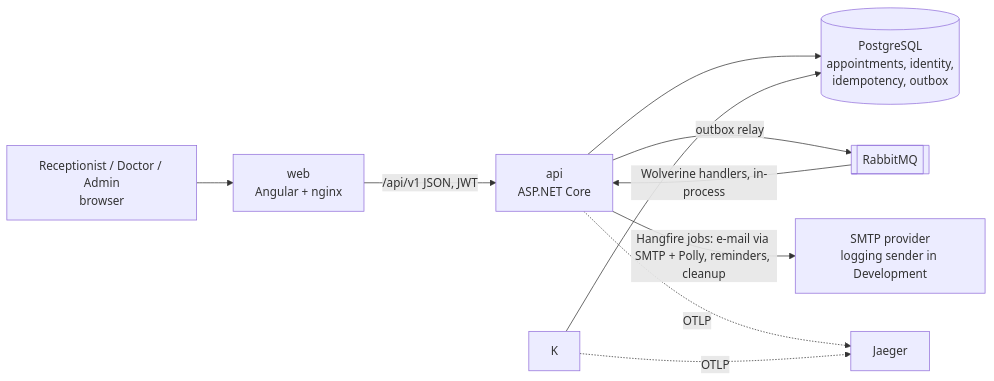
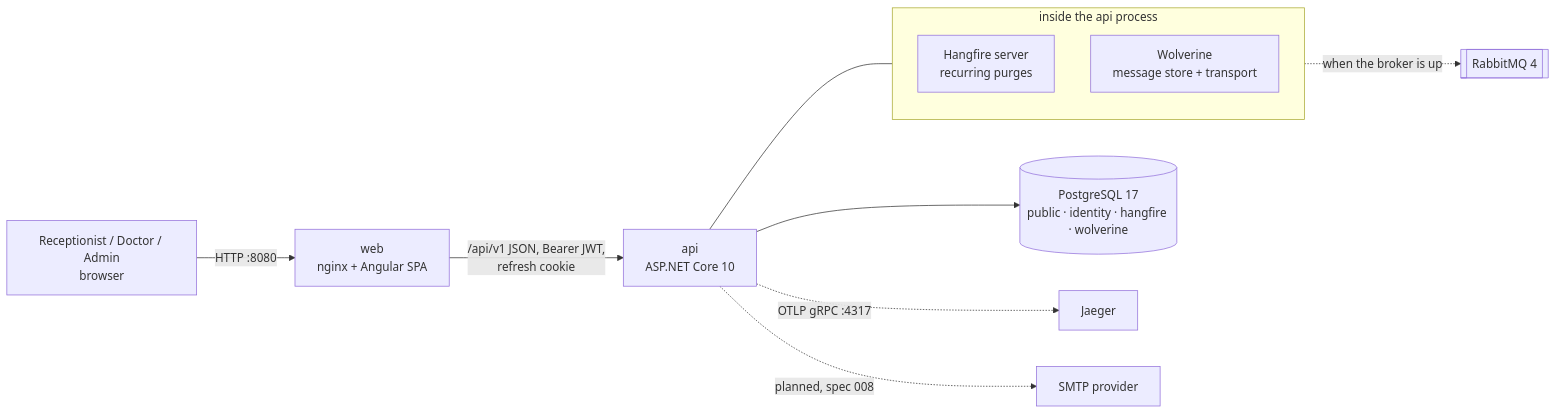
One commit to Mostafaa021/AppointmentScheduler changed the first of 5 diagrams in docs/architecture.md. Above: the diagram before and after it, drawn with Mermaid. The commit also changed other lines of this file and 25 other files, not shown here.

First line of the commit message:
docs: requirement catalogues and per-feature architecture diagrams (plan 014 step B)

````diff
--- a/docs/architecture.md
+++ b/docs/architecture.md
@@ -4,12 +26,15 @@
 ```mermaid
 flowchart LR
-  U[Receptionist / Doctor / Admin<br/>browser] --> W[web<br/>Angular + nginx]
-  W -->|/api/v1 JSON, JWT| A[api<br/>ASP.NET Core]
-  A --> P[(PostgreSQL<br/>appointments, identity,<br/>idempotency, outbox)]
-  A -->|outbox relay| R[[RabbitMQ]]
-  R -->|Wolverine handlers, in-process| A
-  K --> P
-  A -->|Hangfire jobs: e-mail via SMTP + Polly, reminders, cleanup| M[SMTP provider<br/>logging sender in Development]
-  A -. OTLP .-> J[Jaeger]
-  K -. OTLP .-> J
+  U[Receptionist / Doctor / Admin<br/>browser] -->|HTTP :8080| W[web<br/>nginx + Angular SPA]
+  W -->|/api/v1 JSON, Bearer JWT,<br/>refresh cookie| A[api<br/>ASP.NET Core 10]
+  subgraph A_in[inside the api process]
+    direction TB
+    H[Hangfire server<br/>recurring purges]
+    WV[Wolverine<br/>message store + transport]
+  end
+  A --- A_in
+  A --> P[(PostgreSQL 17<br/>public · identity · hangfire · wolverine)]
+  WV -.->|when the broker is up| R[[RabbitMQ 4]]
+  A -.->|OTLP gRPC :4317| J[Jaeger]
+  A -.->|planned, spec 008| M[SMTP provider]
 ```
````
